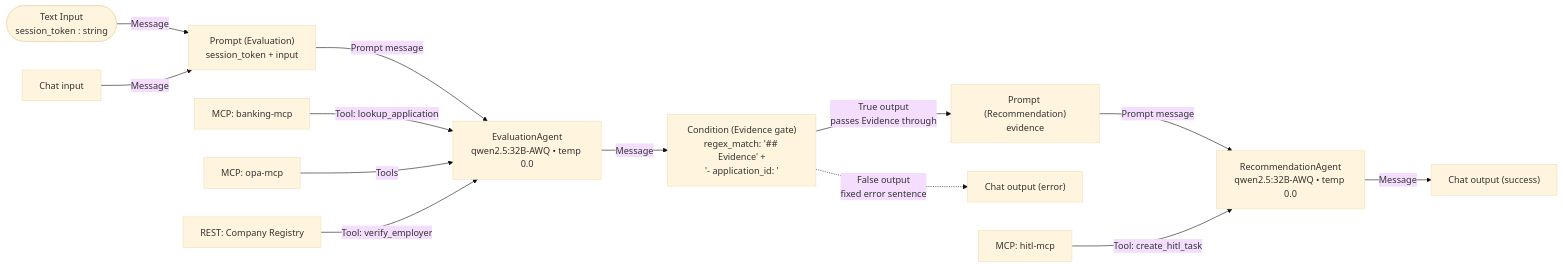
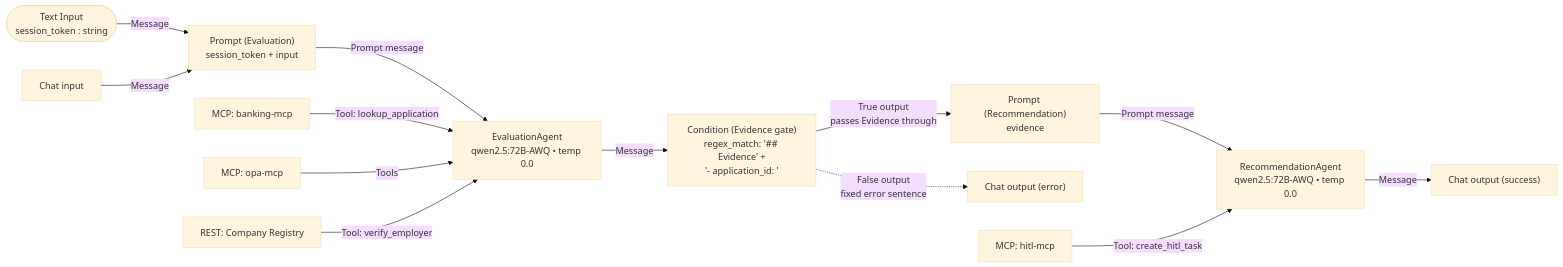
Before and after one commit to vmleon/oracle-database-private-agent-factory-poc: the first of 4 diagrams in paf/flows/CHAT_WORKFLOW.md, drawn with Mermaid (base theme). The commit also changed other lines of this file and 15 other files, not shown here.

````diff
--- a/paf/flows/CHAT_WORKFLOW.md
+++ b/paf/flows/CHAT_WORKFLOW.md
@@ -43,18 +43,18 @@
 ```mermaid
 flowchart LR
     TOK(["Text Input<br/>session_token : string"]) -->|Message| EP
     CI["Chat input"] -->|Message| EP
     EP["Prompt (Evaluation)<br/>session_token + input"] -->|Prompt message| EA
     BNK["MCP: banking-mcp"] -->|Tool: lookup_application| EA
-    OPA["MCP: opa-mcp"] -->|Tools| EA["EvaluationAgent<br/>qwen2.5:32B-AWQ • temp 0.0"]
+    OPA["MCP: opa-mcp"] -->|Tools| EA["EvaluationAgent<br/>qwen2.5:72B-AWQ • temp 0.0"]
     REG["REST: Company Registry"] -->|Tool: verify_employer| EA
 
     EA -->|Message| GATE["Condition (Evidence gate)<br/>regex_match: '## Evidence' +<br/>'- application_id: <int>'"]
     GATE -->|True output<br/>passes Evidence through| RP["Prompt (Recommendation)<br/>evidence"]
     GATE -.->|False output<br/>fixed error sentence| COE["Chat output (error)"]
 
-    RP -->|Prompt message| RA["RecommendationAgent<br/>qwen2.5:32B-AWQ • temp 0.0"]
+    RP -->|Prompt message| RA["RecommendationAgent<br/>qwen2.5:72B-AWQ • temp 0.0"]
     HITL["MCP: hitl-mcp"] -->|Tool: create_hitl_task| RA
 
     RA -->|Message| COS["Chat output (success)"]
 ```
````
